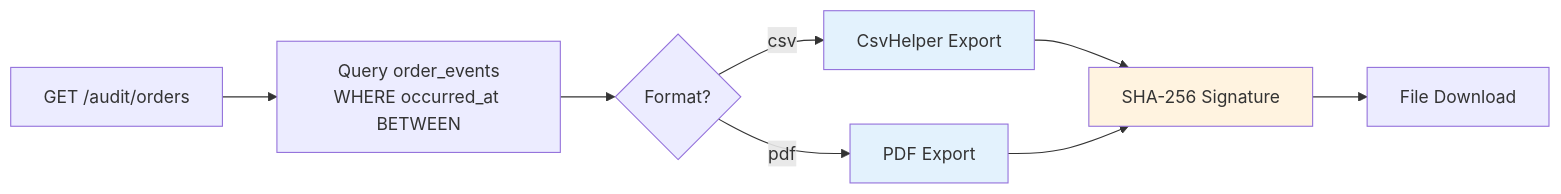
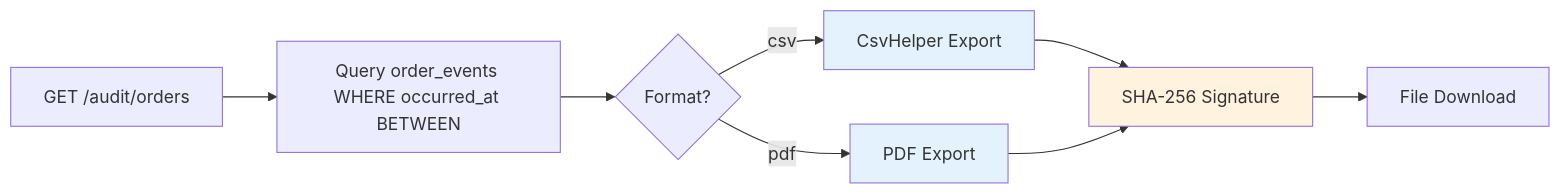
One commit to DynamicKarabo/equilink changed the tenth of 12 diagrams in README.md. Above: the diagram before and after it, drawn with Mermaid. The commit also changed other lines of this file, not shown here.

Commit message:
Replace br tags with spaces in Mermaid diagrams for GitHub compatibility

````diff
--- a/README.md
+++ b/README.md
@@ -581,14 +581,14 @@
 ```mermaid
 graph LR
-    A[GET /audit/orders] --> B[Query order_events<br/>WHERE occurred_at BETWEEN]
+    A[GET /audit/orders] --> B[Query order_events WHERE occurred_at BETWEEN]
     B --> C{Format?}
     C -->|csv| D[CsvHelper Export]
     C -->|pdf| E[PDF Export]
     D --> F[SHA-256 Signature]
     E --> F
     F --> G[File Download]
 
     style D fill:#e3f2fd
     style E fill:#e3f2fd
     style F fill:#fff3e0
 ```
````
